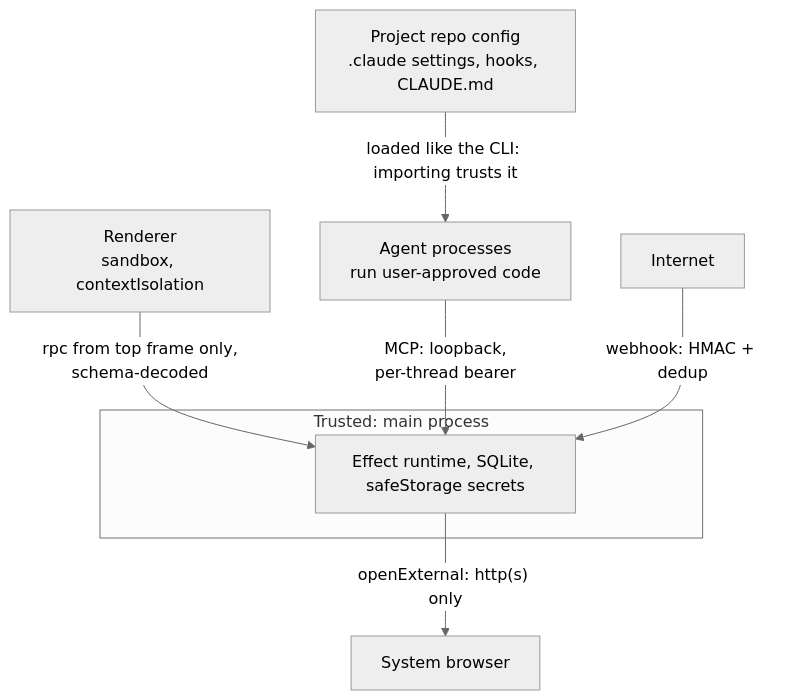
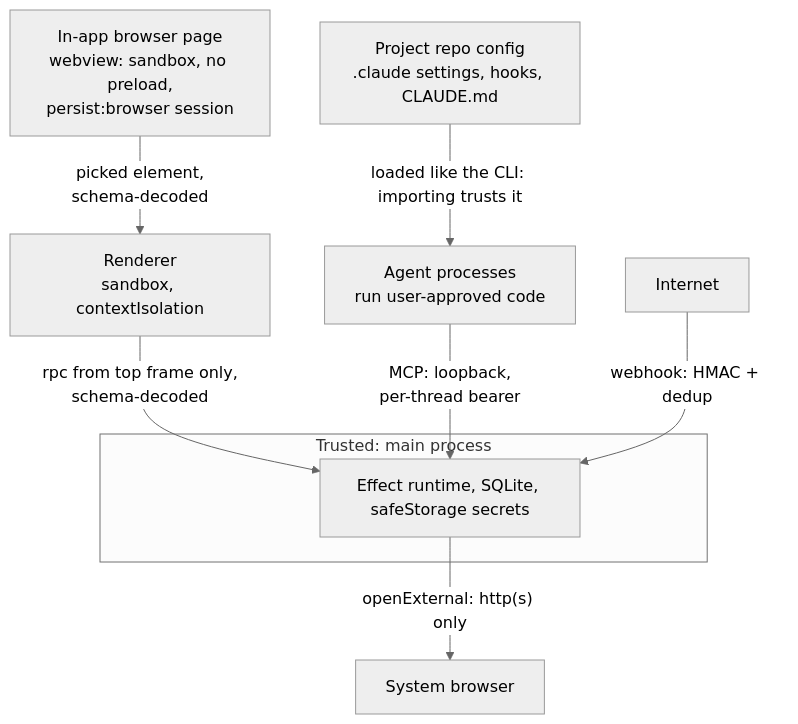
Before and after one commit to hinadev-ai/hinacode: diagram 16 of 16 in docs/arch.md, drawn with Mermaid (neutral theme). The commit also changed other lines of this file and 3 other files, not shown here.

Commit message:
docs(browser): document the in-app browser and webview choice

````diff
--- a/docs/arch.md
+++ b/docs/arch.md
@@ -415,11 +431,12 @@
 ```mermaid
 flowchart TB
   subgraph trusted["Trusted: main process"]
     main["Effect runtime, SQLite, safeStorage secrets"]
   end
   renderer["Renderer<br/>sandbox, contextIsolation"] -- "rpc from top frame only,<br/>schema-decoded" --> main
   agents["Agent processes<br/>run user-approved code"] -- "MCP: loopback,<br/>per-thread bearer" --> main
   net["Internet"] -- "webhook: HMAC + dedup" --> main
   main -- "openExternal: http(s) only" --> browser["System browser"]
+  page["In-app browser page<br/>webview: sandbox, no preload,<br/>persist:browser session"] -- "picked element,<br/>schema-decoded" --> renderer
   repo["Project repo config<br/>.claude settings, hooks, CLAUDE.md"] -- "loaded like the CLI: importing trusts it" --> agents
 ```
````
